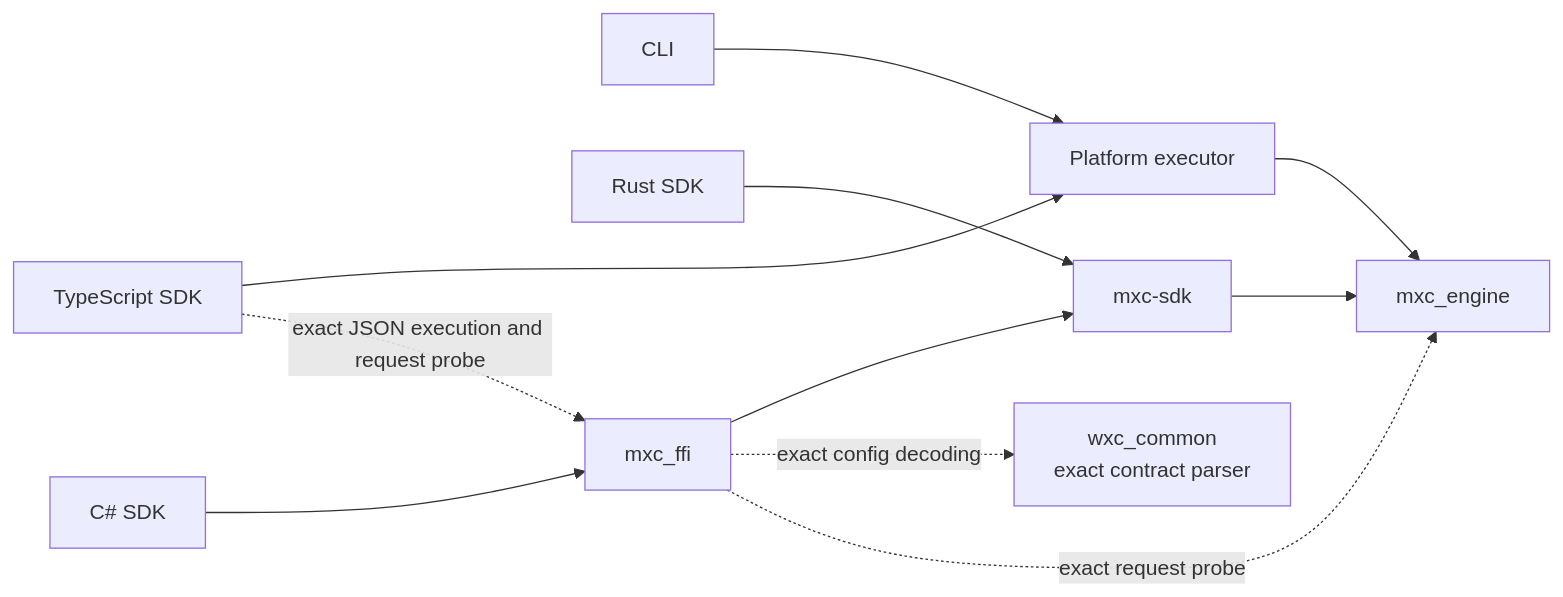
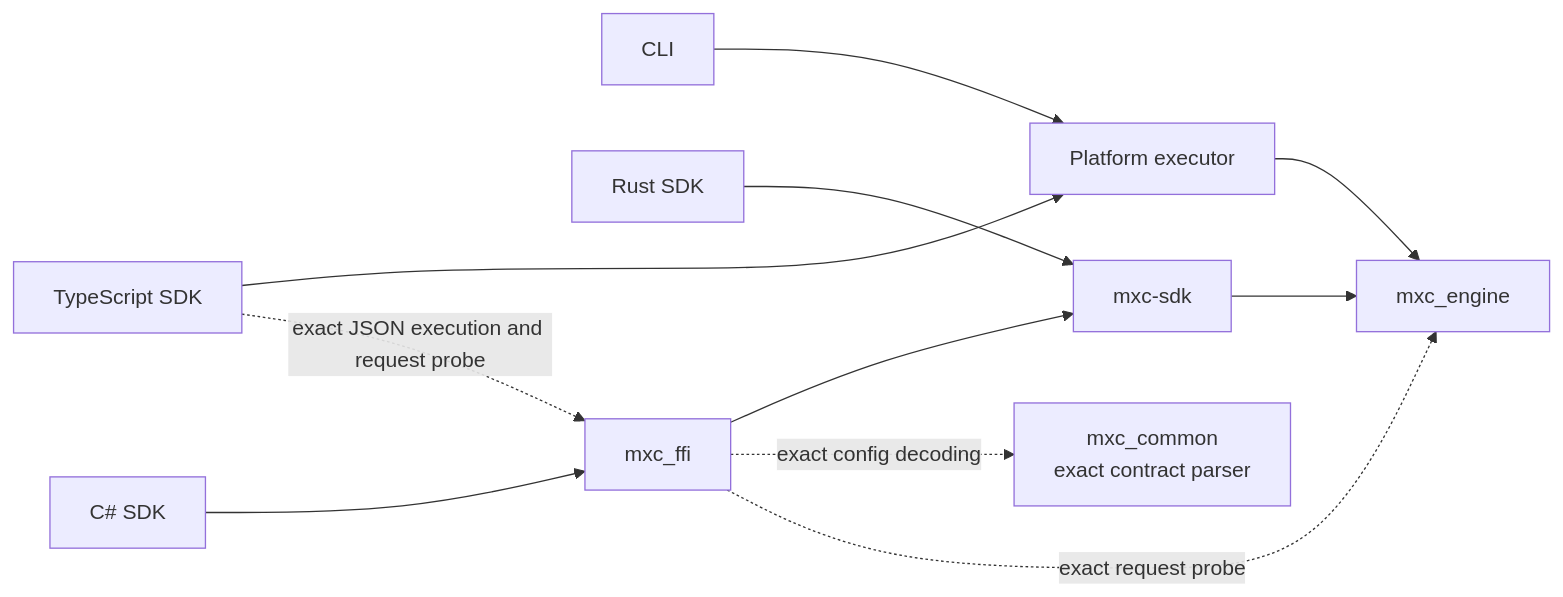
One commit to ChazGo/mxc changed the second of 2 diagrams in docs/architecture.md. Above: the diagram before and after it, drawn with Mermaid. The commit also changed other lines of this file and 1088 other files, not shown here.

````diff
--- a/docs/architecture.md
+++ b/docs/architecture.md
@@ -108,22 +101,22 @@
 ```mermaid
 flowchart LR
     typescript["TypeScript SDK"]
     cli["CLI"]
     csharp["C# SDK"]
     rust["Rust SDK"]
     executor["Platform executor"]
     ffi["mxc_ffi"]
     sdk["mxc-sdk"]
     engine["mxc_engine"]
-    common["wxc_common<br/>exact contract parser"]
+    common["mxc_common<br/>exact contract parser"]
 
     typescript --> executor
     typescript -. exact JSON execution and request probe .-> ffi
     cli --> executor
     csharp --> ffi --> sdk
     ffi -. exact config decoding .-> common
     ffi -. exact request probe .-> engine
     rust --> sdk
     executor --> engine
     sdk --> engine
 ```
````
